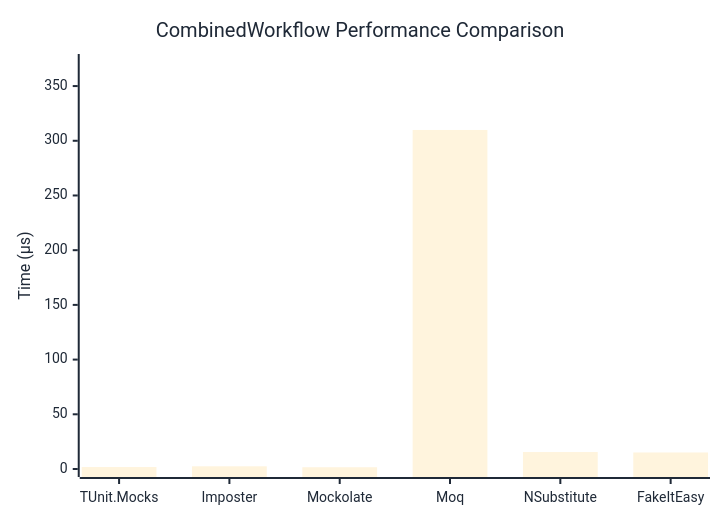
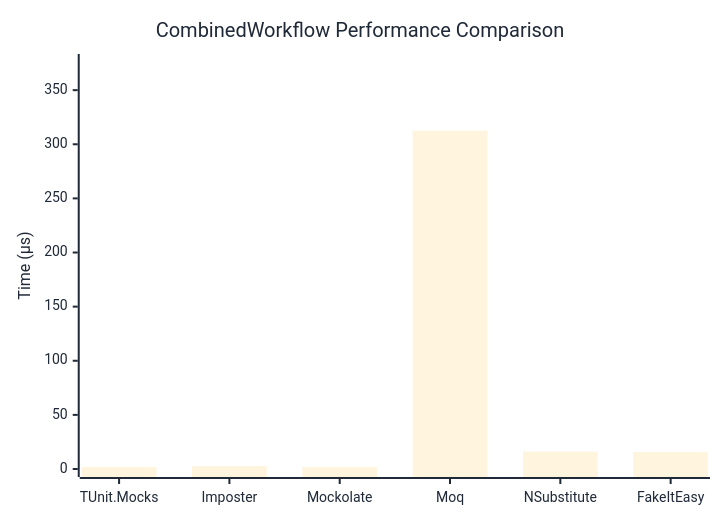
One commit to thomhurst/TUnit changed the diagram in docs/docs/benchmarks/mocks/CombinedWorkflow.md. Above: the diagram before and after it, drawn with Mermaid. The commit also changed other lines of this file and 14 other files, not shown here.

````diff
--- a/docs/docs/benchmarks/mocks/CombinedWorkflow.md
+++ b/docs/docs/benchmarks/mocks/CombinedWorkflow.md
@@ -28,27 +28,27 @@
 ```mermaid
 %%{init: {
   'theme':'base',
   'themeVariables': {
     'primaryColor': '#2563eb',
     'primaryTextColor': '#1f2937',
     'primaryBorderColor': '#1e40af',
     'lineColor': '#6b7280',
     'secondaryColor': '#7c3aed',
     'tertiaryColor': '#dc2626',
     'background': '#ffffff',
     'pie1': '#2563eb',
     'pie2': '#7c3aed',
     'pie3': '#dc2626',
     'pie4': '#f59e0b',
     'pie5': '#10b981',
     'pie6': '#06b6d4',
     'pie7': '#ec4899',
     'pie8': '#6366f1'
   }
 }}%%
 xychart-beta
   title "CombinedWorkflow Performance Comparison"
   x-axis ["TUnit.Mocks", "Imposter", "Mockolate", "Moq", "NSubstitute", "FakeItEasy"]
-  y-axis "Time (μs)" 0 --> 372
-  bar [1.787, 2.454, 1.604, 309.89, 15.499, 15.097]
+  y-axis "Time (μs)" 0 --> 376
+  bar [1.841, 2.635, 1.711, 312.53, 16.092, 15.644]
 ```
````
